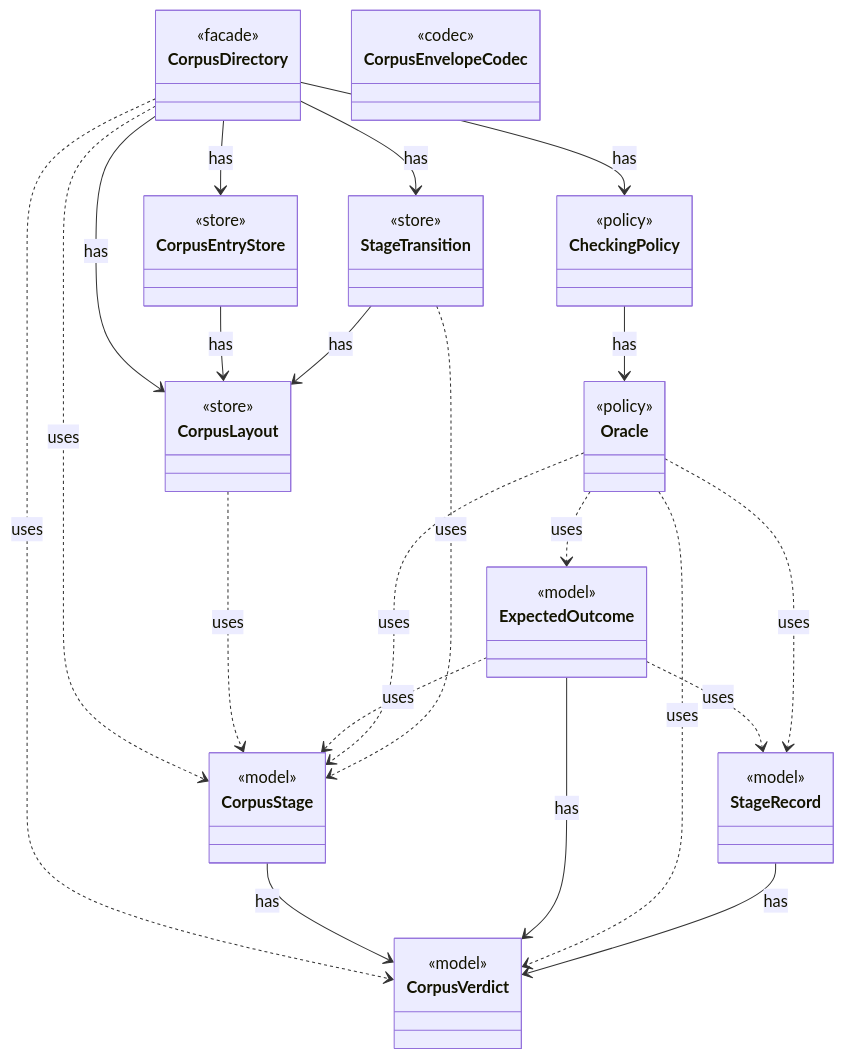
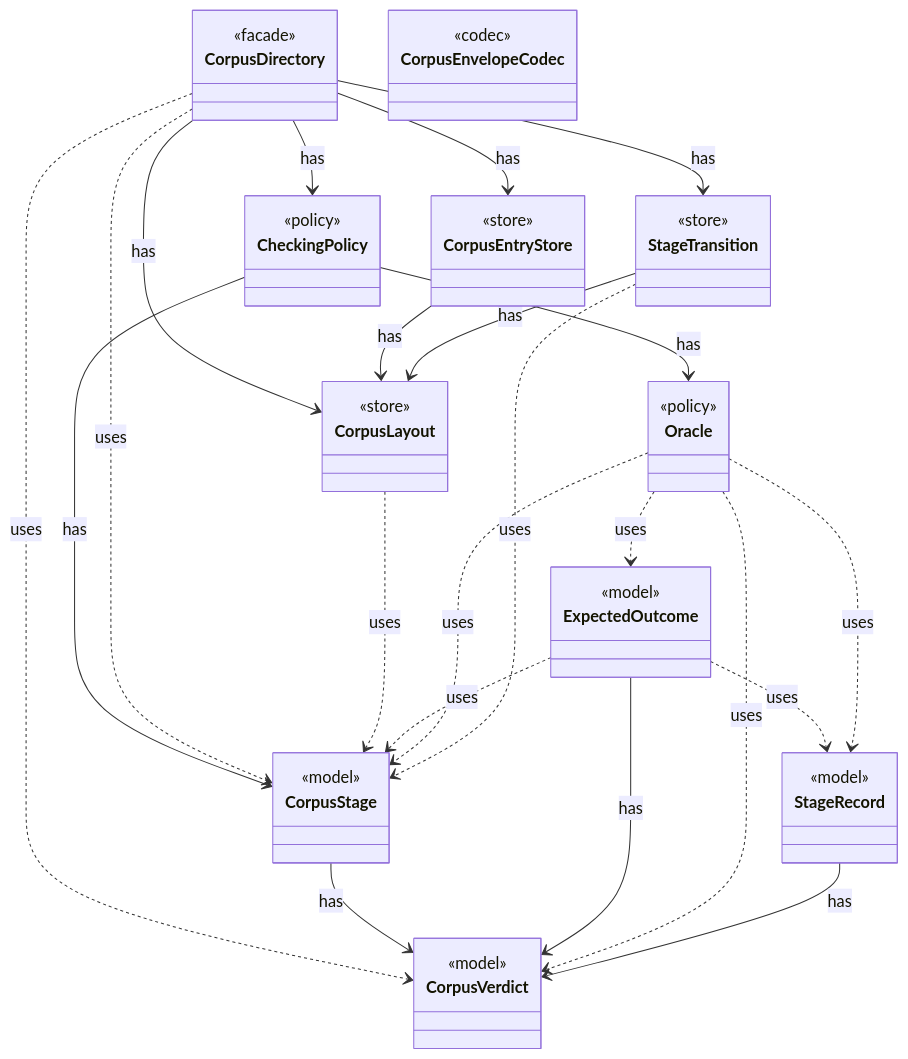
The diagram in dev/modules/corpus.md (tlaplus/model-checker-hardening), drawn with Mermaid before and after one commit. The commit also changed other lines of this file and 425 other files, not shown here.

````diff
--- a/dev/modules/corpus.md
+++ b/dev/modules/corpus.md
@@ -12,56 +12,57 @@
 ```mermaid
 classDiagram
   class CheckingPolicy {
     <<policy>>
   }
   class CorpusDirectory {
     <<facade>>
   }
   class CorpusEntryStore {
     <<store>>
   }
   class CorpusEnvelopeCodec {
     <<codec>>
   }
   class CorpusLayout {
     <<store>>
   }
   class CorpusStage {
     <<model>>
   }
   class CorpusVerdict {
     <<model>>
   }
   class ExpectedOutcome {
     <<model>>
   }
   class Oracle {
     <<policy>>
   }
   class StageRecord {
     <<model>>
   }
   class StageTransition {
     <<store>>
   }
+  CheckingPolicy --> CorpusStage : has
   CheckingPolicy --> Oracle : has
   CorpusDirectory --> CheckingPolicy : has
   CorpusDirectory --> CorpusEntryStore : has
   CorpusDirectory --> CorpusLayout : has
   CorpusDirectory ..> CorpusStage : uses
   CorpusDirectory ..> CorpusVerdict : uses
   CorpusDirectory --> StageTransition : has
   CorpusEntryStore --> CorpusLayout : has
   CorpusLayout ..> CorpusStage : uses
   CorpusStage --> CorpusVerdict : has
   ExpectedOutcome ..> CorpusStage : uses
   ExpectedOutcome --> CorpusVerdict : has
   ExpectedOutcome ..> StageRecord : uses
   Oracle ..> CorpusStage : uses
   Oracle ..> CorpusVerdict : uses
   Oracle ..> ExpectedOutcome : uses
   Oracle ..> StageRecord : uses
   StageRecord --> CorpusVerdict : has
   StageTransition --> CorpusLayout : has
   StageTransition ..> CorpusStage : uses
 ```
````
